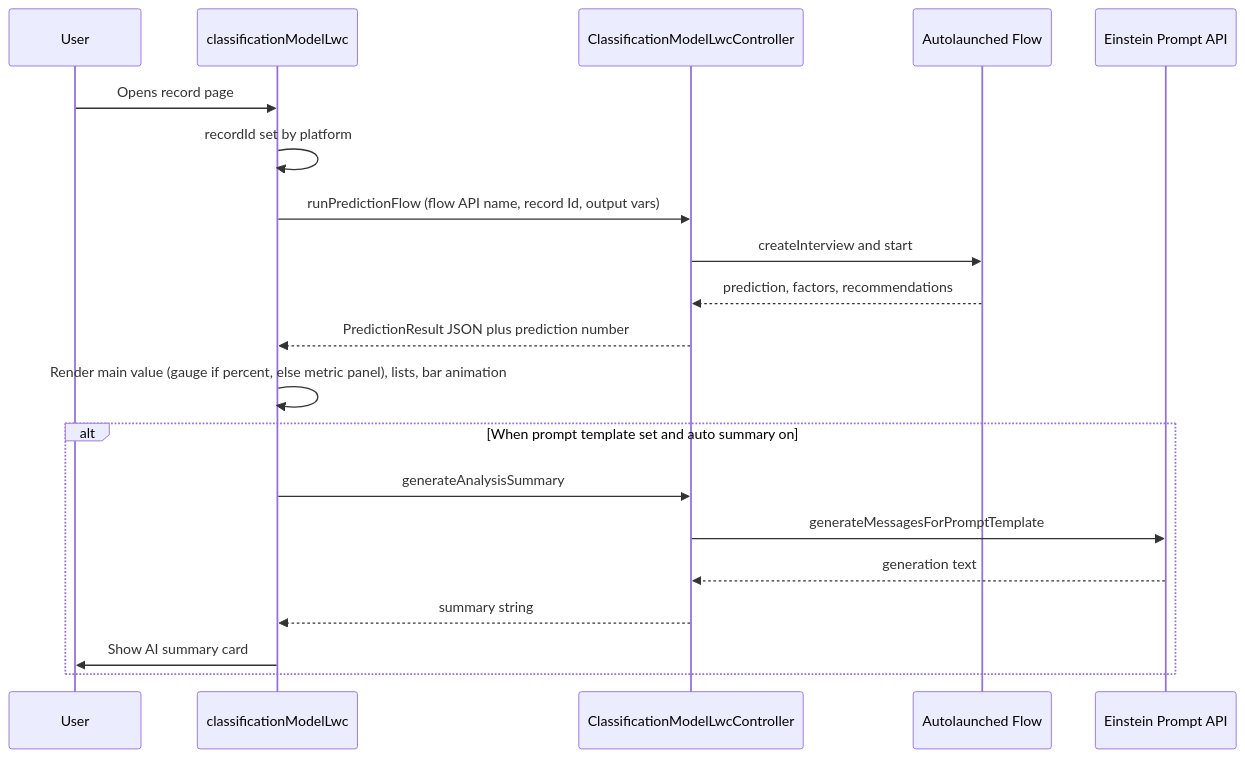
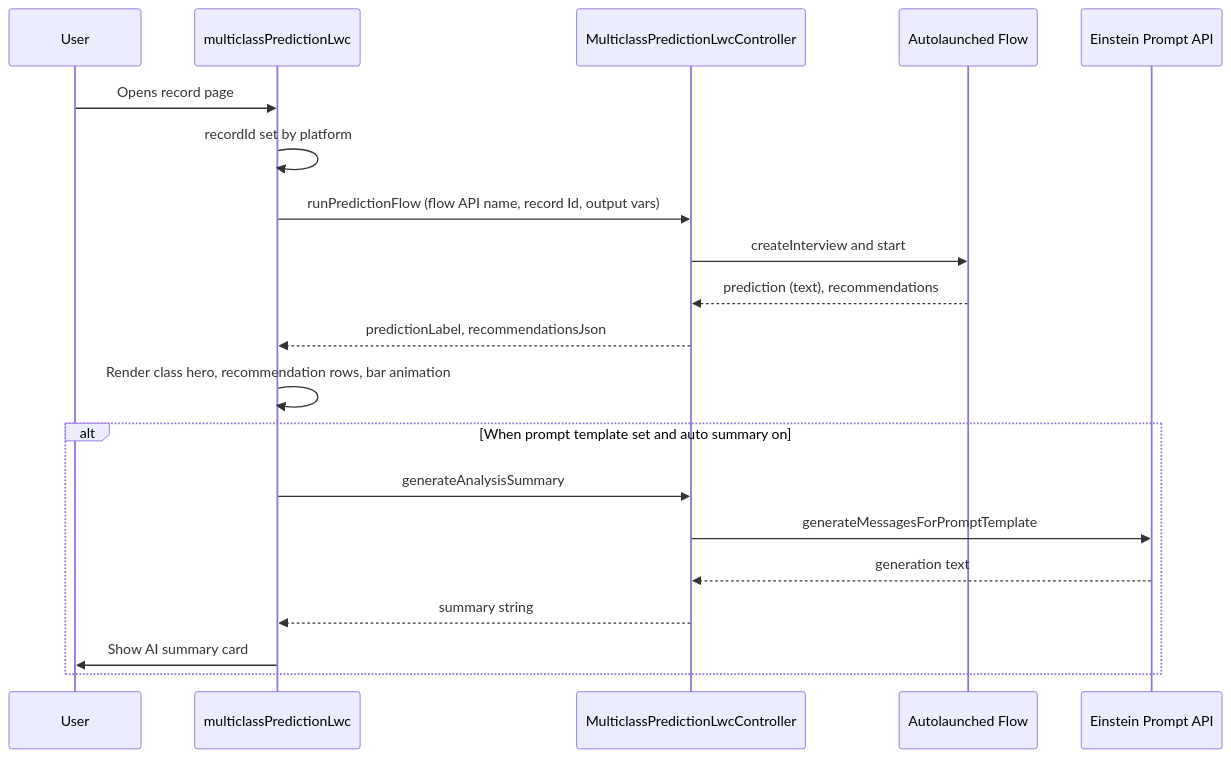
Before and after one commit to josers18/JDO: the first of 2 diagrams in DC_Multiclass_Prediction_LWC/docs/ARCHITECTURE.md, drawn with Mermaid. The commit also changed other lines of this file and 20 other files, not shown here.

First line of the commit message:
feat(DC_Multiclass_Prediction_LWC): multiclass text prediction LWC and docs

````diff
--- a/DC_Multiclass_Prediction_LWC/docs/ARCHITECTURE.md
+++ b/DC_Multiclass_Prediction_LWC/docs/ARCHITECTURE.md
@@ -20,24 +20,24 @@
 ```mermaid
 sequenceDiagram
     participant User
-    participant LWC as classificationModelLwc
-    participant Apex as ClassificationModelLwcController
+    participant LWC as multiclassPredictionLwc
+    participant Apex as MulticlassPredictionLwcController
     participant Flow as Autolaunched Flow
     participant LLM as Einstein Prompt API
 
     User->>LWC: Opens record page
     LWC->>LWC: recordId set by platform
     LWC->>Apex: runPredictionFlow (flow API name, record Id, output vars)
     Apex->>Flow: createInterview and start
-    Flow-->>Apex: prediction, factors, recommendations
-    Apex-->>LWC: PredictionResult JSON plus prediction number
-    LWC->>LWC: Render main value (gauge if percent, else metric panel), lists, bar animation
+    Flow-->>Apex: prediction (text), recommendations
+    Apex-->>LWC: predictionLabel, recommendationsJson
+    LWC->>LWC: Render class hero, recommendation rows, bar animation
 
     alt When prompt template set and auto summary on
         LWC->>Apex: generateAnalysisSummary
         Apex->>LLM: generateMessagesForPromptTemplate
         LLM-->>Apex: generation text
         Apex-->>LWC: summary string
         LWC->>User: Show AI summary card
     end
 ```
````
